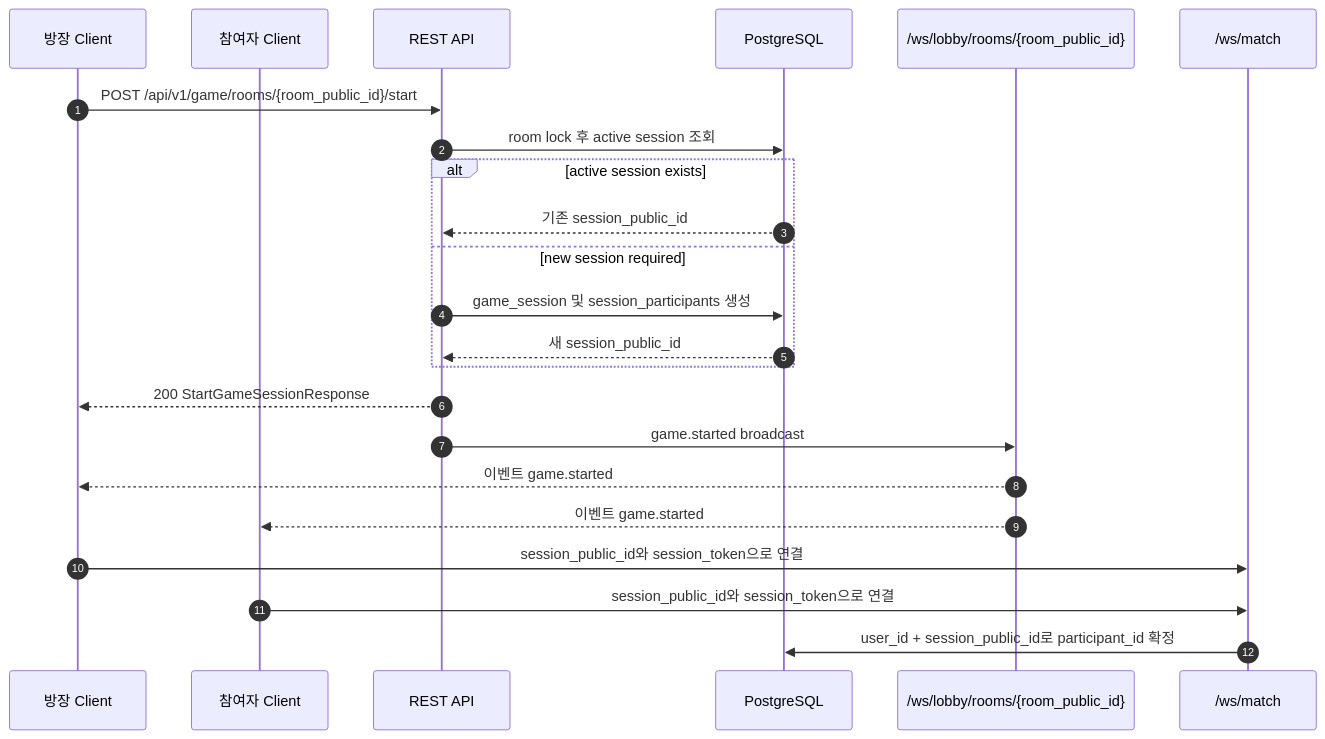
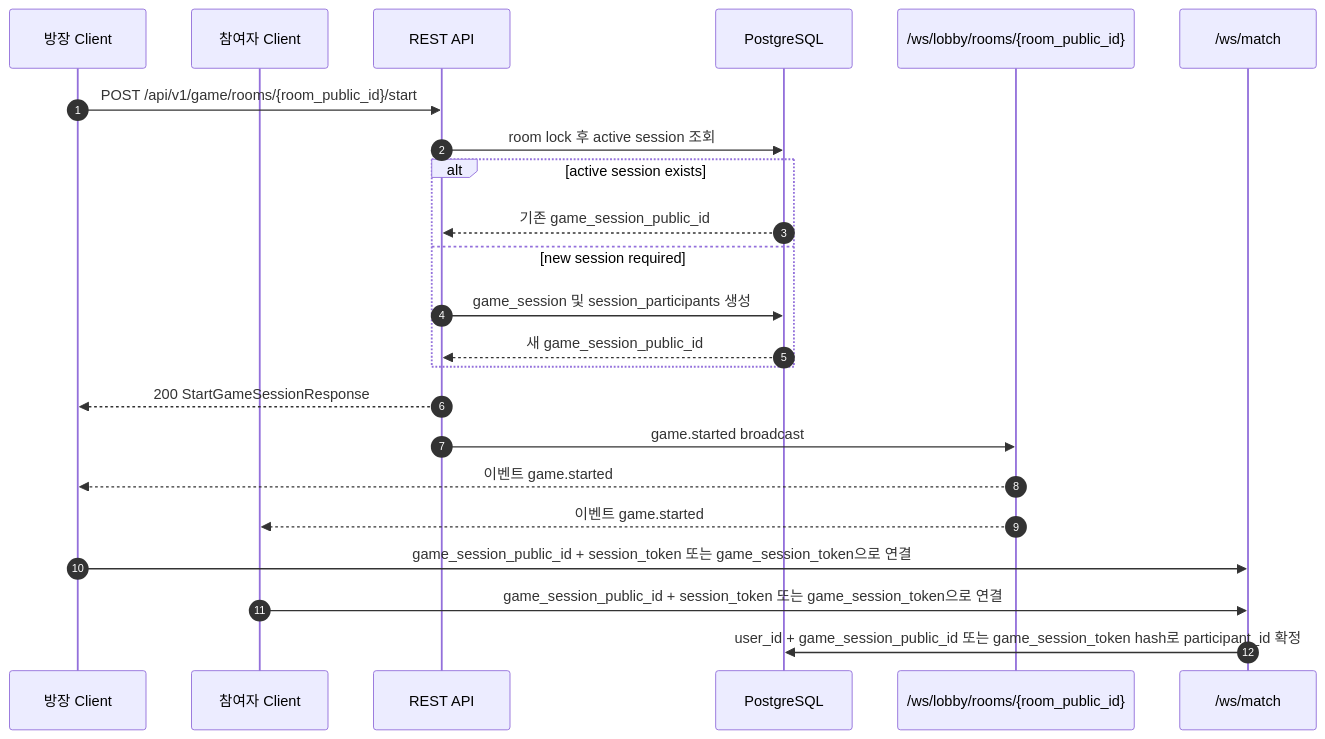
Before and after one commit to haejillyeok/backend: the third of 3 diagrams in app/be/api/docs/ws-api.md, drawn with Mermaid. The commit also changed other lines of this file and 15 other files, not shown here.

Commit message:
feat: add game session resume token flow

````diff
--- a/app/be/api/docs/ws-api.md
+++ b/app/be/api/docs/ws-api.md
@@ -330,26 +332,26 @@
 ```mermaid
 sequenceDiagram
     autonumber
     participant Owner as 방장 Client
     participant Guest as 참여자 Client
     participant REST as REST API
     participant DB as PostgreSQL
     participant LobbyWS as /ws/lobby/rooms/{room_public_id}
     participant MatchWS as /ws/match
 
     Owner->>REST: POST /api/v1/game/rooms/{room_public_id}/start
     REST->>DB: room lock 후 active session 조회
     alt active session exists
-        DB-->>REST: 기존 session_public_id
+        DB-->>REST: 기존 game_session_public_id
     else new session required
         REST->>DB: game_session 및 session_participants 생성
-        DB-->>REST: 새 session_public_id
+        DB-->>REST: 새 game_session_public_id
     end
     REST-->>Owner: 200 StartGameSessionResponse
     REST->>LobbyWS: game.started broadcast
     LobbyWS-->>Owner: 이벤트 game.started
     LobbyWS-->>Guest: 이벤트 game.started
-    Owner->>MatchWS: session_public_id와 session_token으로 연결
-    Guest->>MatchWS: session_public_id와 session_token으로 연결
-    MatchWS->>DB: user_id + session_public_id로 participant_id 확정
+    Owner->>MatchWS: game_session_public_id + session_token 또는 game_session_token으로 연결
+    Guest->>MatchWS: game_session_public_id + session_token 또는 game_session_token으로 연결
+    MatchWS->>DB: user_id + game_session_public_id 또는 game_session_token hash로 participant_id 확정
 ```
````
